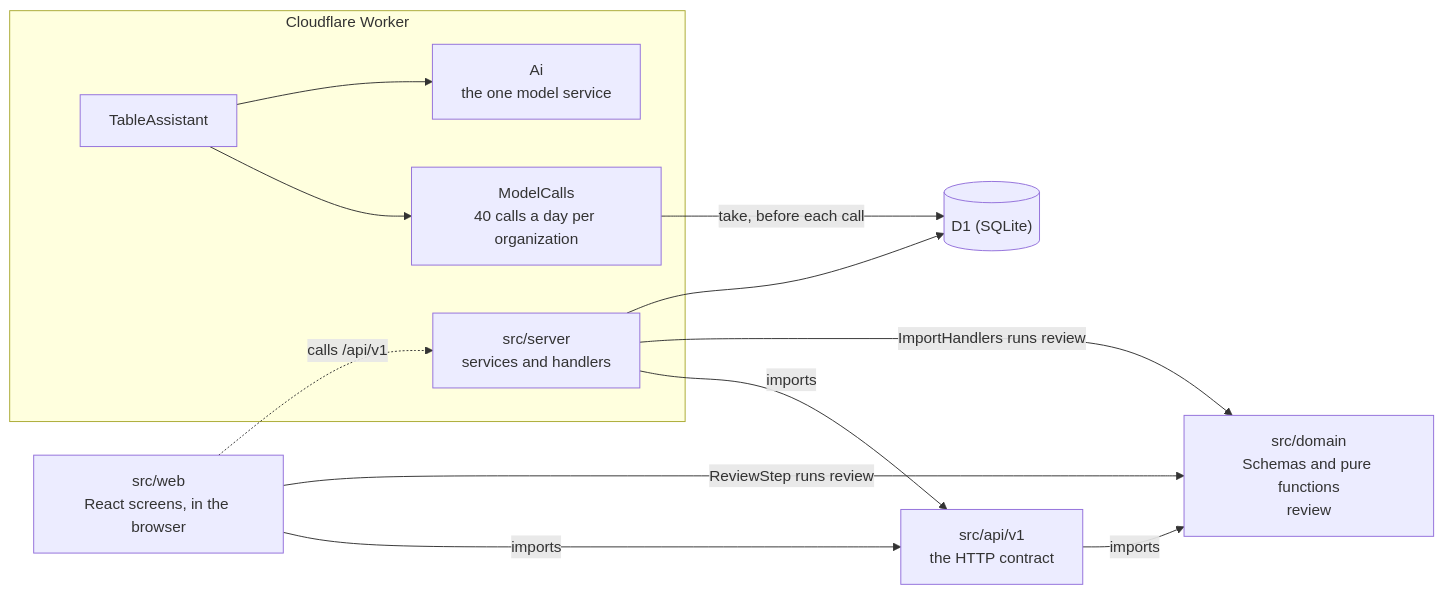
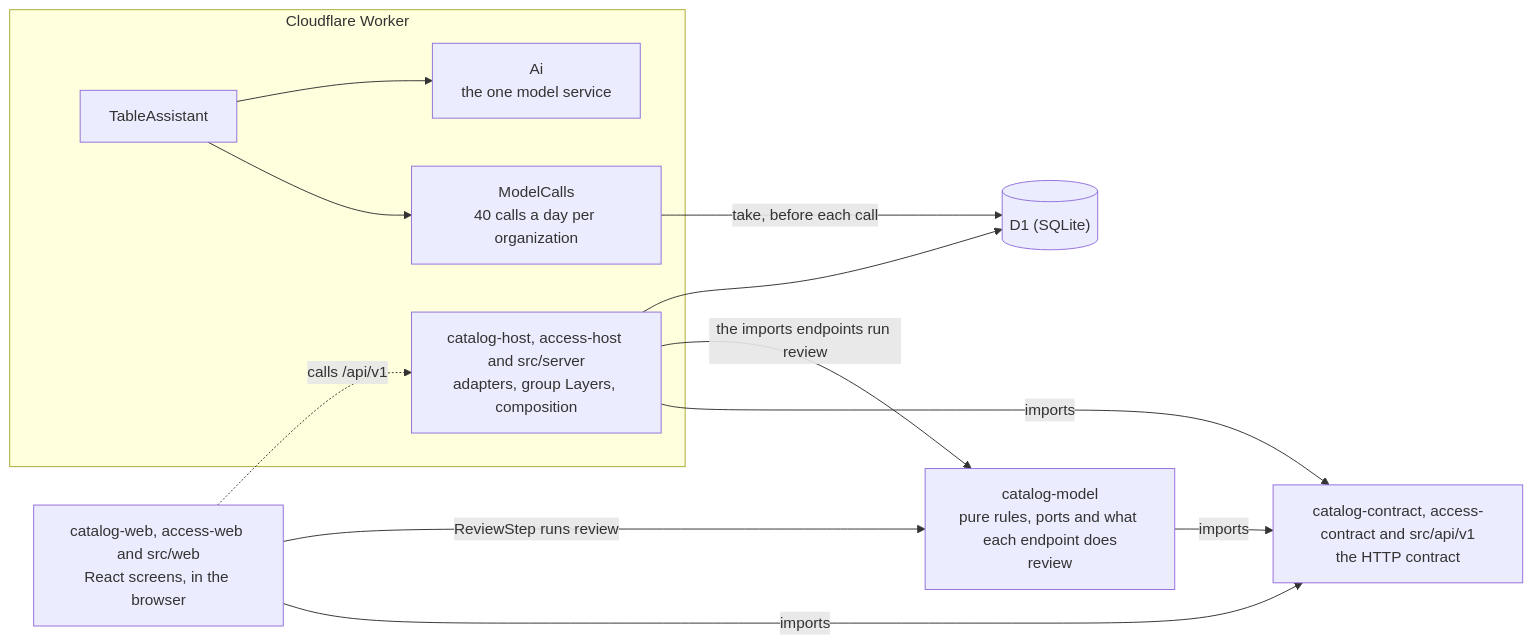
One commit to kriegcloud/inventory-import changed the fourth of 4 diagrams in docs/architecture.md. Above: the diagram before and after it, drawn with Mermaid. The commit also changed other lines of this file and 25 other files, not shown here.

````diff
--- a/docs/architecture.md
+++ b/docs/architecture.md
@@ -220,23 +220,23 @@
 ```mermaid
 flowchart LR
-  web["src/web<br/>React screens, in the browser"]
+  web["catalog-web, access-web and src/web<br/>React screens, in the browser"]
   subgraph Worker["Cloudflare Worker"]
-    server["src/server<br/>services and handlers"]
+    server["catalog-host, access-host and src/server<br/>adapters, group Layers, composition"]
     assistant["TableAssistant"]
     calls["ModelCalls<br/>40 calls a day per organization"]
     ai["Ai<br/>the one model service"]
   end
-  api["src/api/v1<br/>the HTTP contract"]
-  domain["src/domain<br/>Schemas and pure functions<br/>review"]
+  api["catalog-contract, access-contract and src/api/v1<br/>the HTTP contract"]
+  domain["catalog-model<br/>pure rules, ports and what each endpoint does<br/>review"]
   d1[("D1 (SQLite)")]
   web -->|imports| api
   server -->|imports| api
-  api -->|imports| domain
+  domain -->|imports| api
   web -. "calls /api/v1" .-> server
   web -->|"ReviewStep runs review"| domain
-  server -->|"ImportHandlers runs review"| domain
+  server -->|"the imports endpoints run review"| domain
   server --> d1
   assistant --> calls
   calls -->|"take, before each call"| d1
   assistant --> ai
 ```
````
